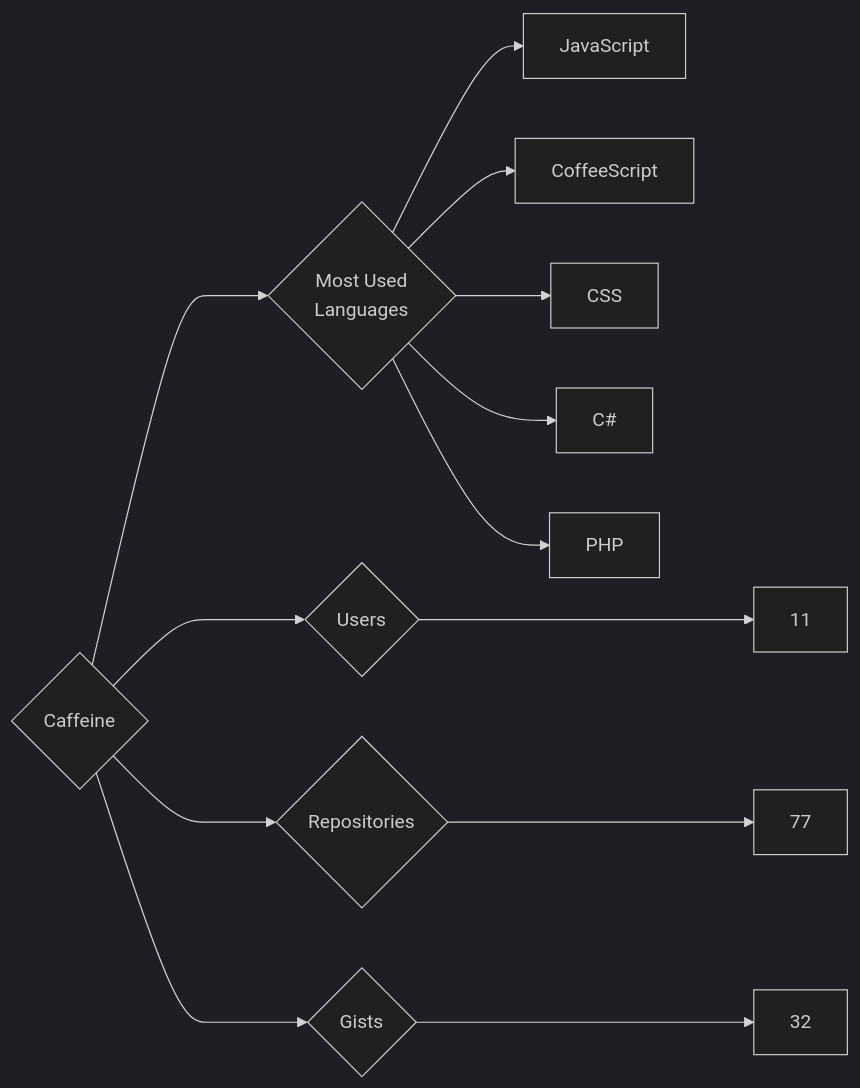
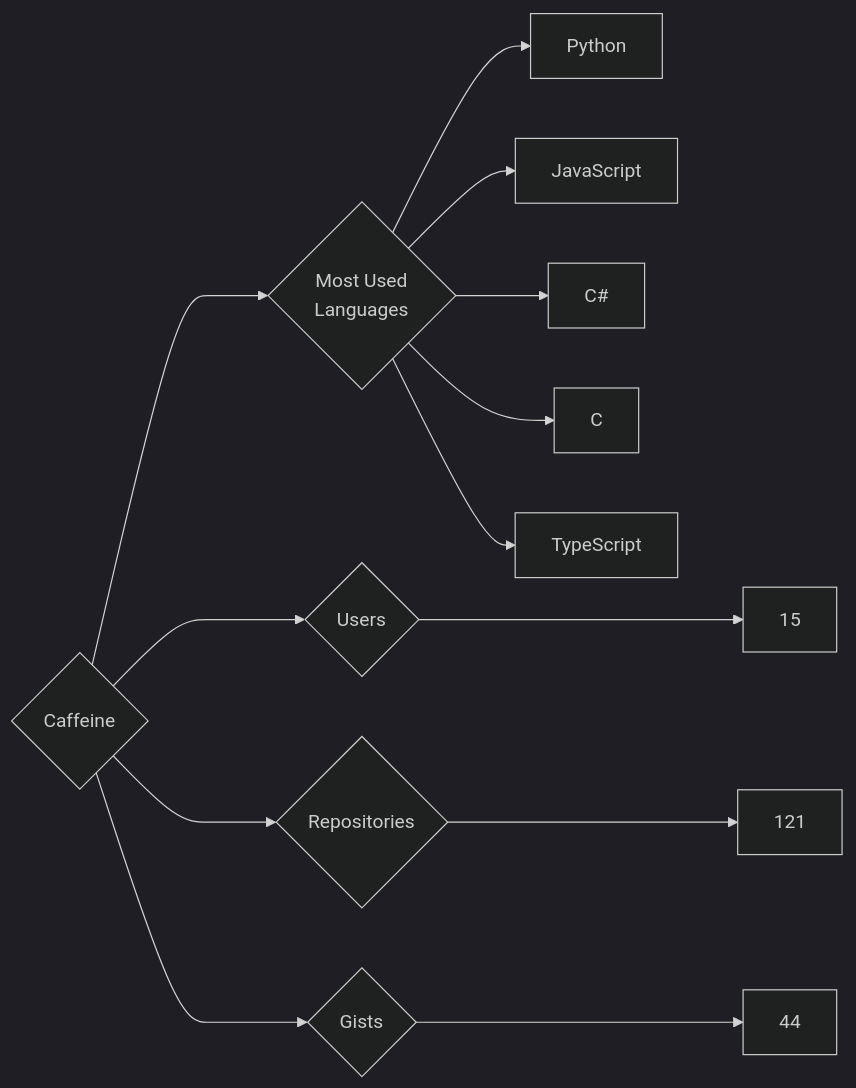
Before and after one commit to trickest/insiders: the diagram in targets/Caffeine/README.md, drawn with Mermaid (dark theme). The commit also changed 777 other files, not shown here.

````diff
--- a/targets/Caffeine/README.md
+++ b/targets/Caffeine/README.md
@@ -3,13 +3,13 @@
 ```mermaid
 graph LR
 COMPANY_NAME{Caffeine}
-COMPANY_NAME ---> U{Users} ---> UN[11]
-COMPANY_NAME ---> R{Repositories} ---> RN[77]
-COMPANY_NAME ---> G{Gists} ---> GN[32]
+COMPANY_NAME ---> U{Users} ---> UN[15]
+COMPANY_NAME ---> R{Repositories} ---> RN[121]
+COMPANY_NAME ---> G{Gists} ---> GN[44]
 COMPANY_NAME ---> ML{Most Used<br>Languages}
+ML --> Python[Python]
 ML --> JavaScript[JavaScript]
-ML --> CoffeeScript[CoffeeScript]
-ML --> CSS[CSS]
 ML --> C#[C#]
-ML --> PHP[PHP]
+ML --> C[C]
+ML --> TypeScript[TypeScript]
 ```
````
